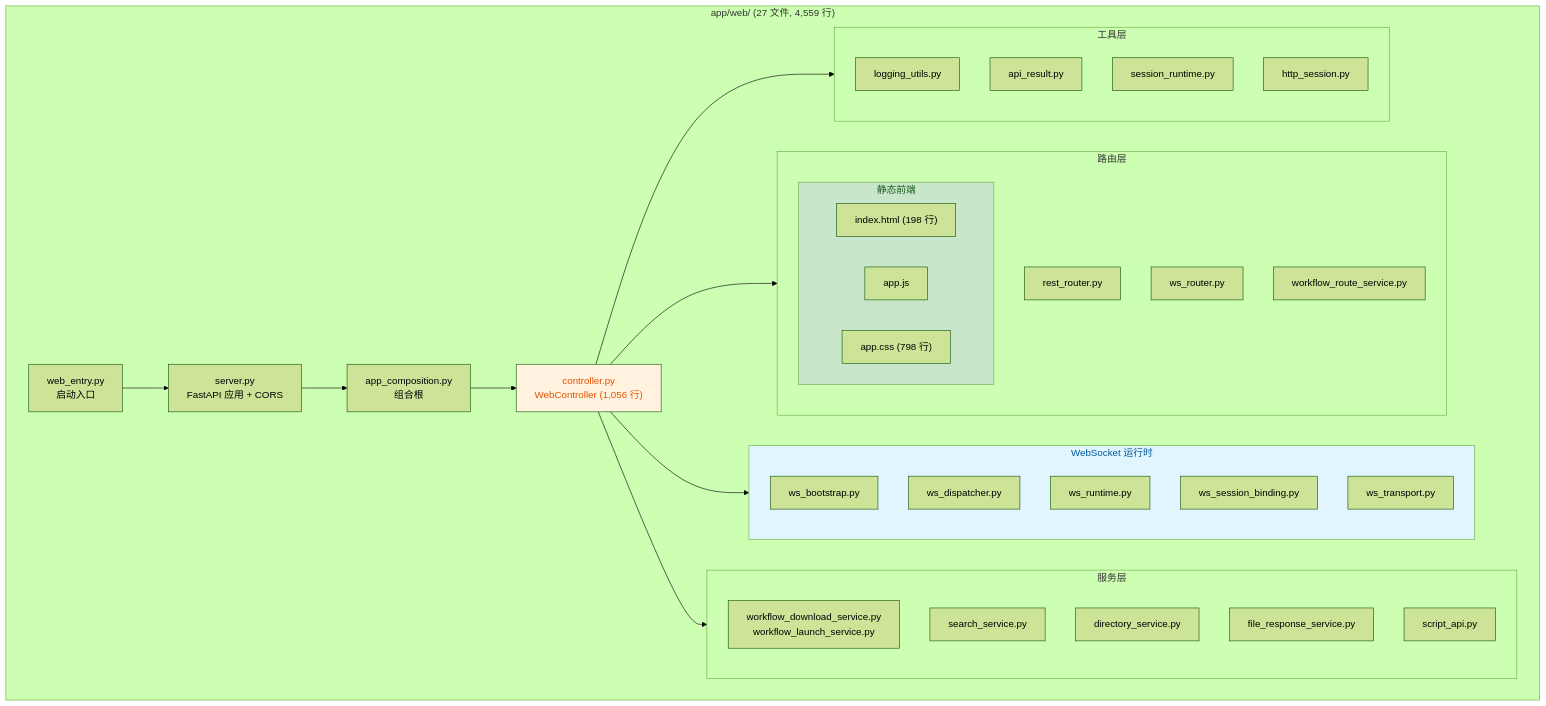
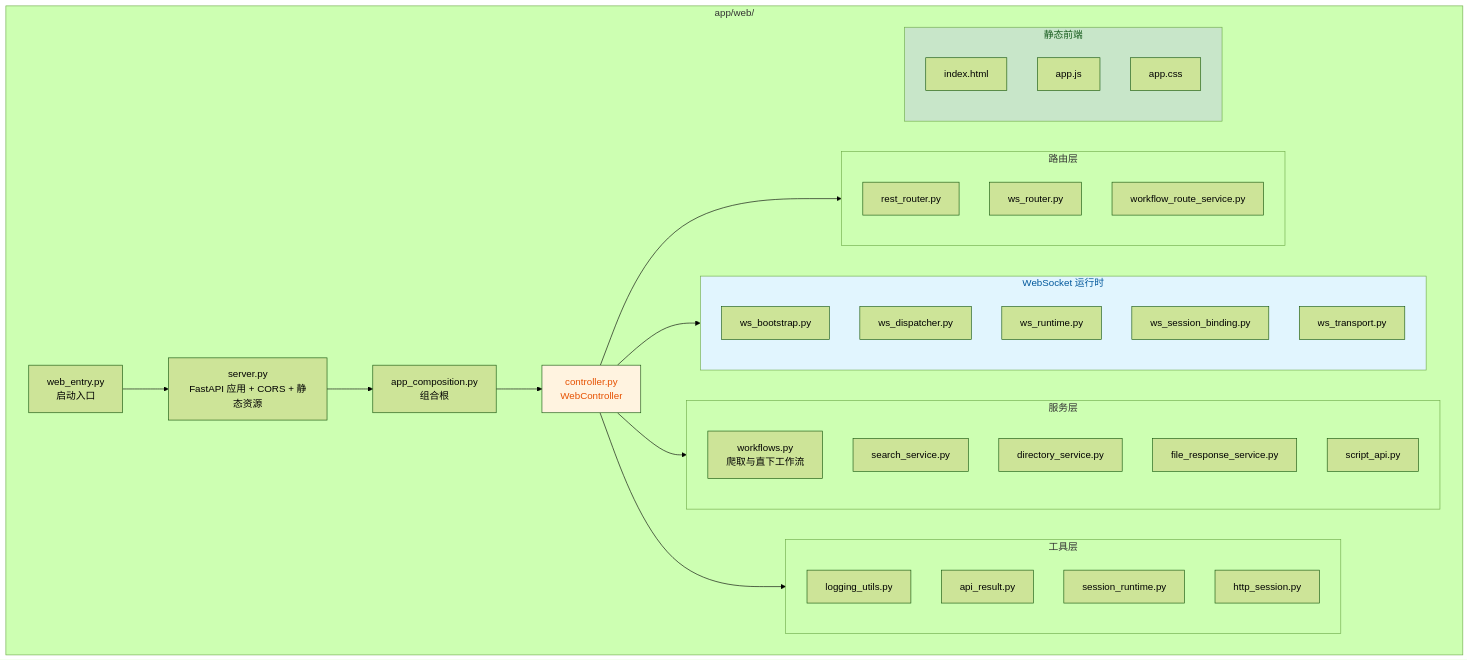
Before and after one commit to haohaizi554/UniversalCrawler: the fifth of 5 diagrams in mermaid/06-web-runtime.md, drawn with Mermaid (forest theme). The commit also changed 26 other files, not shown here.

````diff
--- a/mermaid/06-web-runtime.md
+++ b/mermaid/06-web-runtime.md
@@ -172,57 +172,56 @@
 ```mermaid
 flowchart TB
-    subgraph Web["app/web/ (27 文件, 4,559 行)"]
+    subgraph Web["app/web/"]
         Entry["web_entry.py<br/>启动入口"]
-        Server["server.py<br/>FastAPI 应用 + CORS"]
+        Server["server.py<br/>FastAPI 应用 + CORS + 静态资源"]
         Comp["app_composition.py<br/>组合根"]
-        Ctrl["controller.py<br/>WebController (1,056 行)"]
+        Ctrl["controller.py<br/>WebController"]
         
         subgraph Routes["路由层"]
             REST["rest_router.py"]
-            Static["static_router.py"]
             WSRouter["ws_router.py"]
             WorkflowRoute["workflow_route_service.py"]
         end
         
         subgraph WSRuntime["WebSocket 运行时"]
             WSBoot["ws_bootstrap.py"]
             WSDisp["ws_dispatcher.py"]
             WSRt["ws_runtime.py"]
             WSBind["ws_session_binding.py"]
             WSTrans["ws_transport.py"]
         end
         
         subgraph Services["服务层"]
-            Workflow["workflow_download_service.py<br/>workflow_launch_service.py"]
+            Workflow["workflows.py<br/>爬取与直下工作流"]
             SearchSvc["search_service.py"]
             DirSvc["directory_service.py"]
             FileResp["file_response_service.py"]
             ScriptAPI["script_api.py"]
         end
         
         subgraph Utils["工具层"]
             LogUtil["logging_utils.py"]
             ApiResult["api_result.py"]
             SessionRt["session_runtime.py"]
             HTTPSession["http_session.py"]
         end
         
-        subgraph Static["静态前端"]
-            HTML["index.html (198 行)"]
+        subgraph StaticAssets["静态前端"]
+            HTML["index.html"]
             JS["app.js"]
-            CSS["app.css (798 行)"]
+            CSS["app.css"]
         end
     end
 
     Entry --> Server
     Server --> Comp
     Comp --> Ctrl
     Ctrl --> Routes
     Ctrl --> WSRuntime
     Ctrl --> Services
     Ctrl --> Utils
 
     style Ctrl fill:#fff3e0,color:#e65100
     style WSRuntime fill:#e1f5fe,color:#01579b
-    style Static fill:#c8e6c9,color:#1a5e20
+    style StaticAssets fill:#c8e6c9,color:#1a5e20
 ```
````
